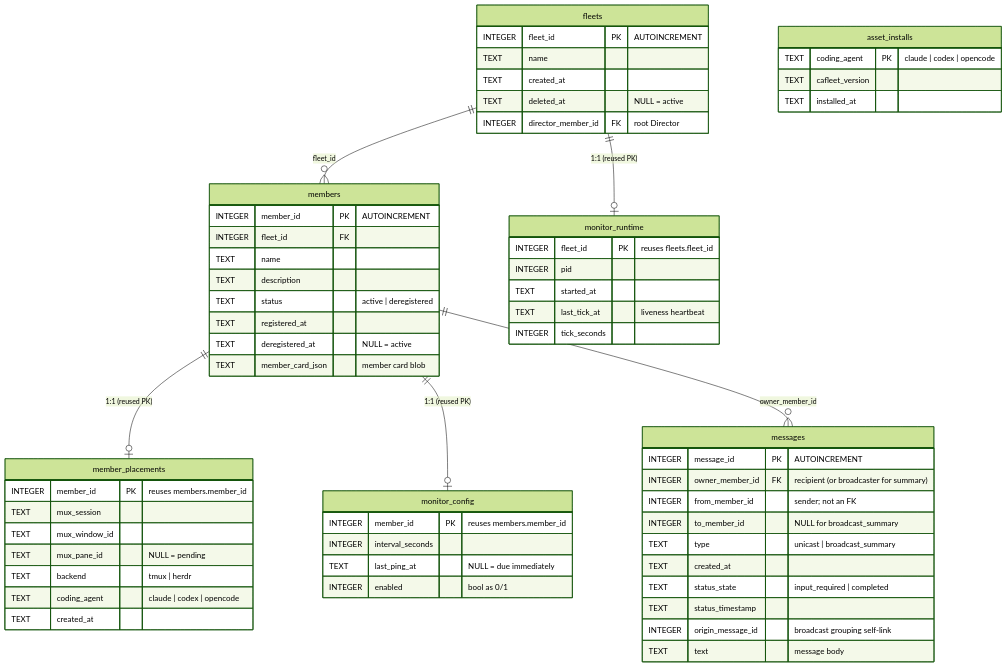
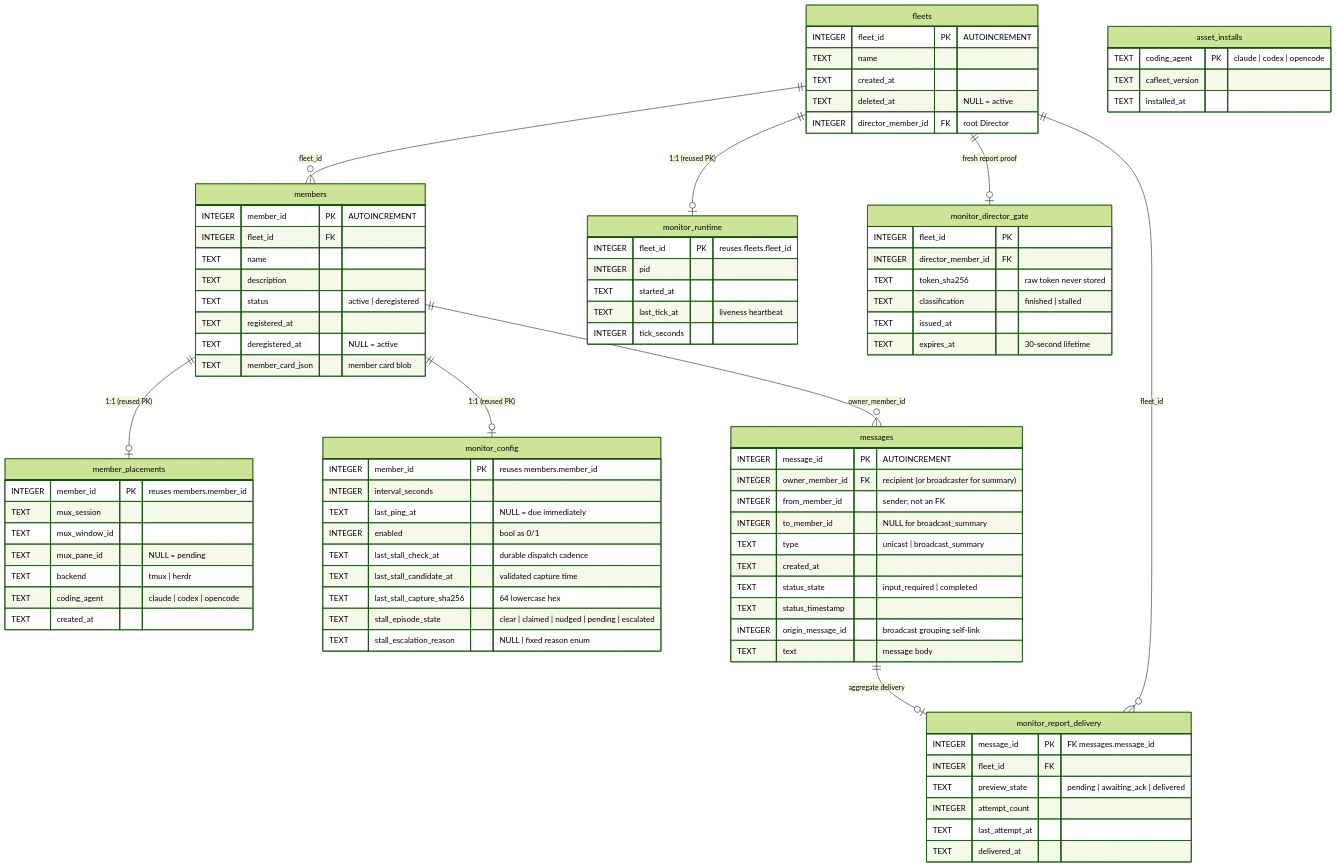
Before and after one commit to himkt/cafleet: the diagram in docs/spec/data-model.md, drawn with Mermaid (forest theme). The commit also changed other lines of this file and 15 other files, not shown here.

````diff
--- a/docs/spec/data-model.md
+++ b/docs/spec/data-model.md
@@ -21,6 +21,9 @@
     members ||--o| member_placements : "1:1 (reused PK)"
     members ||--o| monitor_config : "1:1 (reused PK)"
     members ||--o{ messages : "owner_member_id"
+    messages ||--o| monitor_report_delivery : "aggregate delivery"
+    fleets ||--o{ monitor_report_delivery : "fleet_id"
+    fleets ||--o| monitor_director_gate : "fresh report proof"
 
     fleets {
         INTEGER fleet_id PK "AUTOINCREMENT"
@@ -65,6 +68,11 @@
         INTEGER interval_seconds
         TEXT last_ping_at "NULL = due immediately"
         INTEGER enabled "bool as 0/1"
+        TEXT last_stall_check_at "durable dispatch cadence"
+        TEXT last_stall_candidate_at "validated capture time"
+        TEXT last_stall_capture_sha256 "64 lowercase hex"
+        TEXT stall_episode_state "clear | claimed | nudged | pending | escalated"
+        TEXT stall_escalation_reason "NULL | fixed reason enum"
     }
     monitor_runtime {
         INTEGER fleet_id PK "reuses fleets.fleet_id"
@@ -78,4 +86,20 @@
         TEXT cafleet_version
         TEXT installed_at
     }
+    monitor_report_delivery {
+        INTEGER message_id PK "FK messages.message_id"
+        INTEGER fleet_id FK
+        TEXT preview_state "pending | awaiting_ack | delivered"
+        INTEGER attempt_count
+        TEXT last_attempt_at
+        TEXT delivered_at
+    }
+    monitor_director_gate {
+        INTEGER fleet_id PK
+        INTEGER director_member_id FK
+        TEXT token_sha256 "raw token never stored"
+        TEXT classification "finished | stalled"
+        TEXT issued_at
+        TEXT expires_at "30-second lifetime"
+    }
 ```
````
